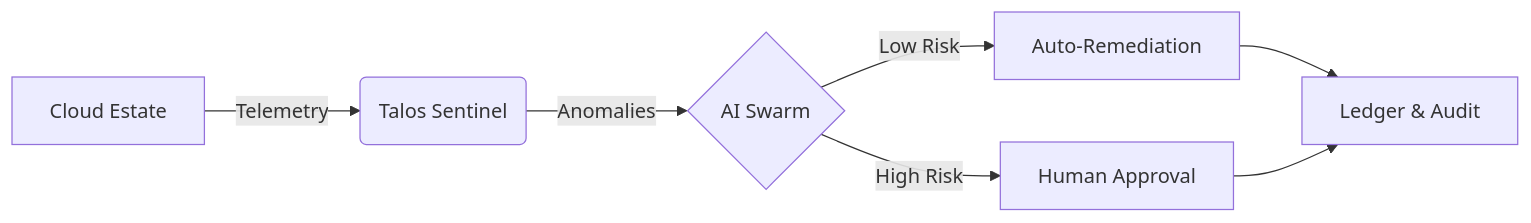
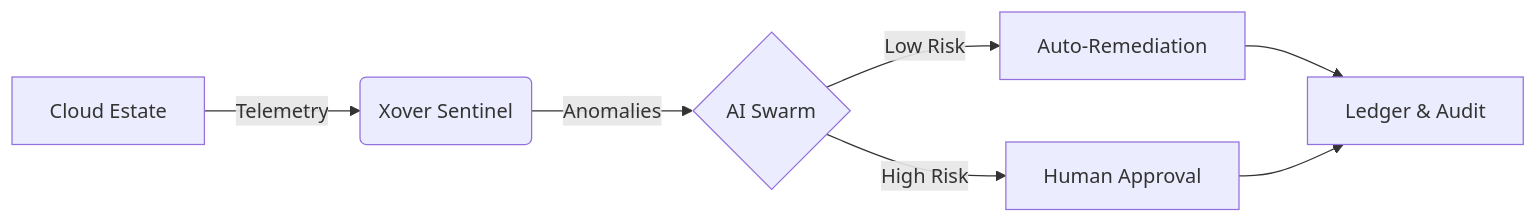
One commit to Xover-Official/Xover changed the first of 2 diagrams in README.md. Above: the diagram before and after it, drawn with Mermaid. The commit also changed other lines of this file and 61 other files, not shown here.

````diff
--- a/README.md
+++ b/README.md
@@ -69,9 +69,9 @@
 ```mermaid
 graph LR
-    A[Cloud Estate] -->|Telemetry| B(Talos Sentinel);
+    A[Cloud Estate] -->|Telemetry| B(Xover Sentinel);
     B -->|Anomalies| C{AI Swarm};
     C -->|Low Risk| D[Auto-Remediation];
     C -->|High Risk| E[Human Approval];
     D --> F[Ledger & Audit];
     E --> F;
 ```
````
